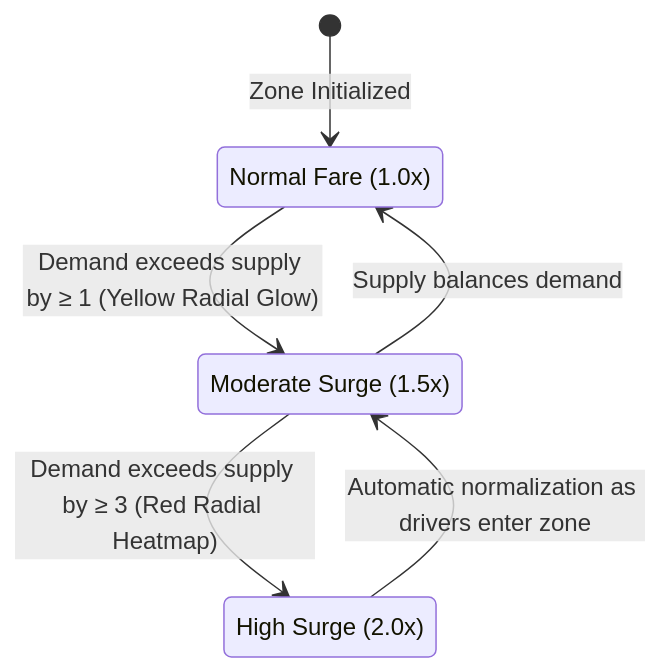
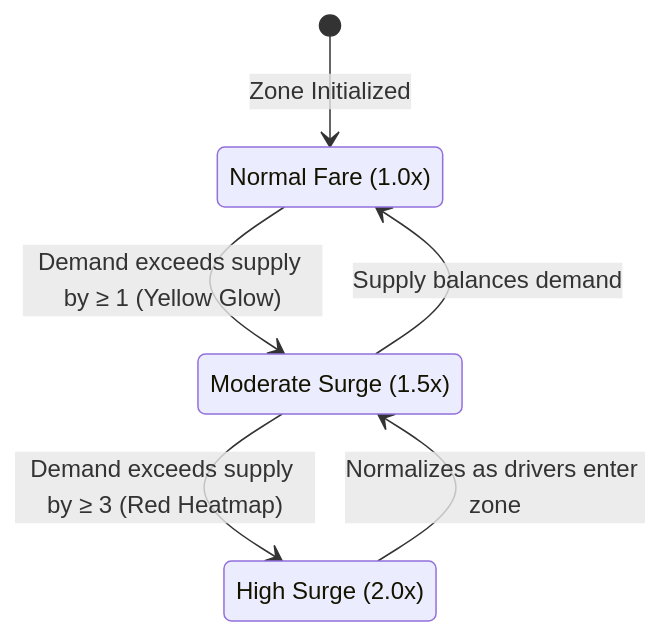
One commit to shubhamgupta407/RideSync-A-Real-Time-Multi-threaded-Ride-Dispatch-and-Surge-Pricing-Engine. changed the third of 3 diagrams in README.md. Above: the diagram before and after it, drawn with Mermaid. The commit also changed other lines of this file, not shown here.

````diff
--- a/README.md
+++ b/README.md
@@ -73,13 +68,13 @@
 ```mermaid
 stateDiagram-v2
     [*] --> NormalFare: Zone Initialized
     
     state "Normal Fare (1.0x)" as NormalFare
     state "Moderate Surge (1.5x)" as ModerateSurge
     state "High Surge (2.0x)" as HighSurge
     
-    NormalFare --> ModerateSurge: Demand exceeds supply by ≥ 1 (Yellow Radial Glow)
-    ModerateSurge --> HighSurge: Demand exceeds supply by ≥ 3 (Red Radial Heatmap)
-    HighSurge --> ModerateSurge: Automatic normalization as drivers enter zone
+    NormalFare --> ModerateSurge: Demand exceeds supply by ≥ 1 (Yellow Glow)
+    ModerateSurge --> HighSurge: Demand exceeds supply by ≥ 3 (Red Heatmap)
+    HighSurge --> ModerateSurge: Normalizes as drivers enter zone
     ModerateSurge --> NormalFare: Supply balances demand
 ```
````
